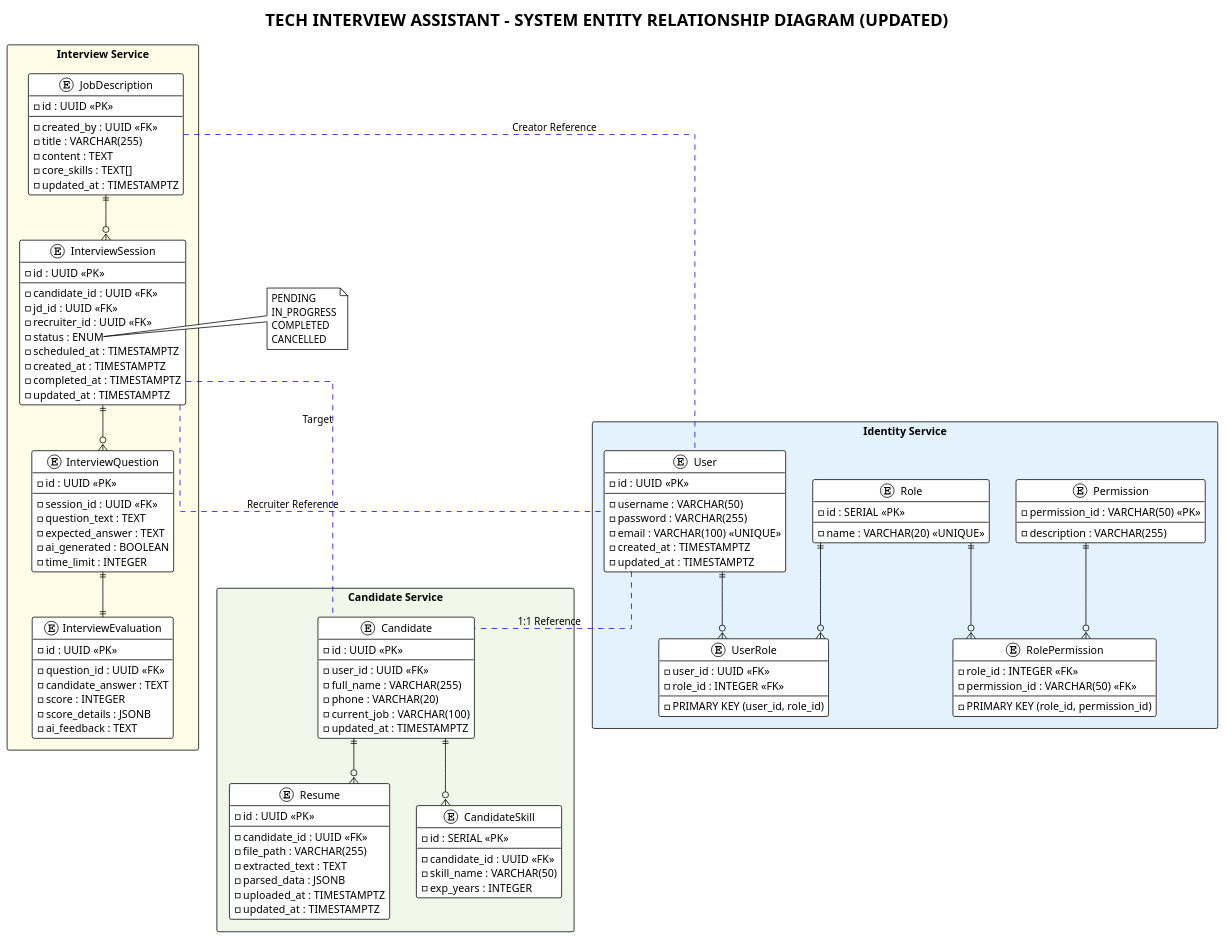
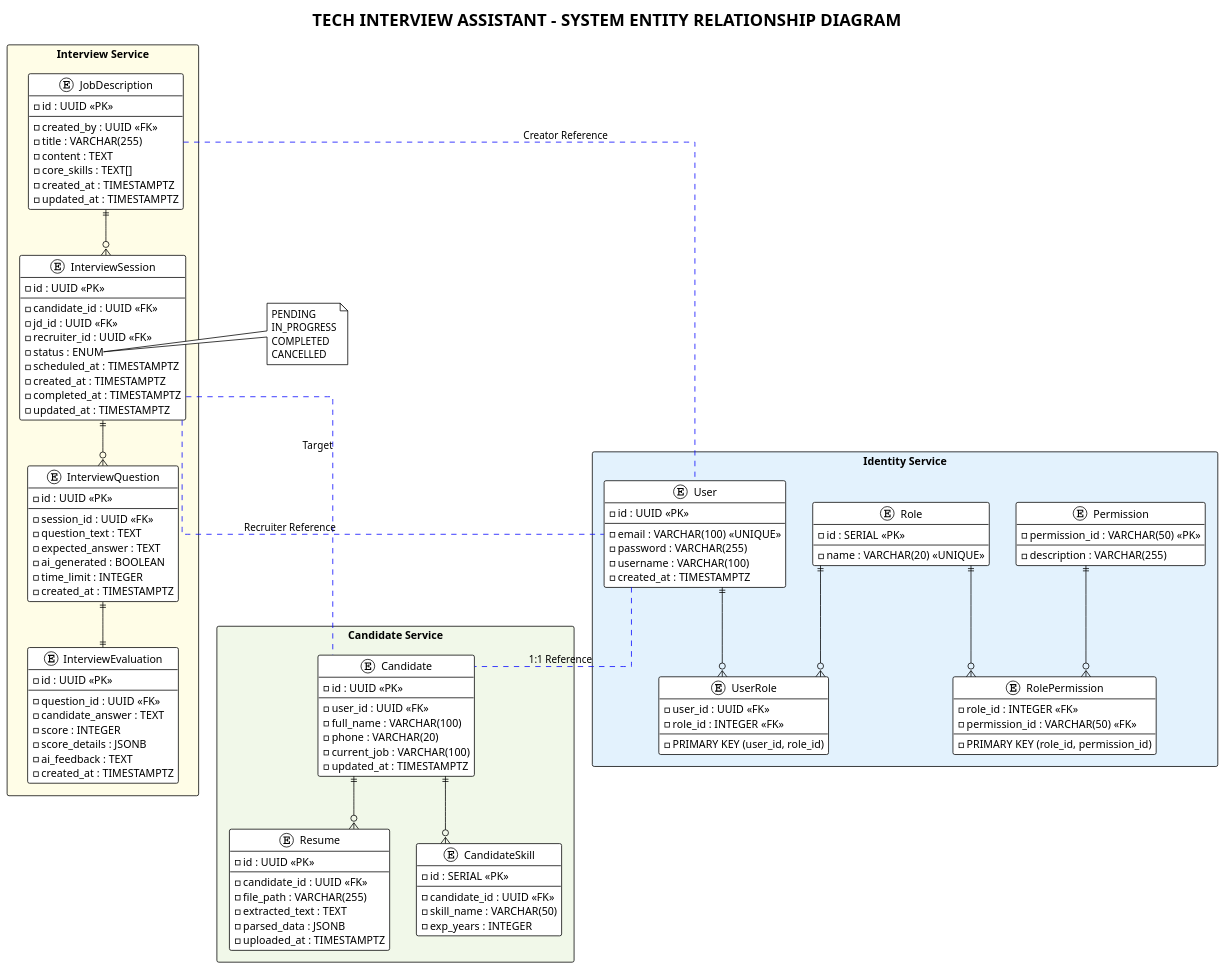
The diagram in docs/database/erd-diagram.puml (Nam000p/tech-interview-assistant), drawn with PlantUML before and after one commit. The commit also changed 53 other files, not shown here.

```diff
--- a/docs/database/erd-diagram.puml
+++ b/docs/database/erd-diagram.puml
@@ -1,150 +1,151 @@
 @startuml
-title TECH INTERVIEW ASSISTANT - SYSTEM ENTITY RELATIONSHIP DIAGRAM (UPDATED)
+title TECH INTERVIEW ASSISTANT - SYSTEM ENTITY RELATIONSHIP DIAGRAM
 !theme plain
 skinparam linetype ortho
 skinparam packageStyle rectangle
 skinparam shadowing false
 
 package "Identity Service" #E3F2FD {
     entity "User" as user {
         - id : UUID <<PK>>
         --
-        - username : VARCHAR(50)
+        - email : VARCHAR(100) <<UNIQUE>>
         - password : VARCHAR(255)
-        - email : VARCHAR(100) <<UNIQUE>>
+        - username : VARCHAR(100)
         - created_at : TIMESTAMPTZ
-        - updated_at : TIMESTAMPTZ
     }
 
     entity "Role" as role {
         - id : SERIAL <<PK>>
         --
         - name : VARCHAR(20) <<UNIQUE>>
     }
 
     entity "Permission" as permission {
         - permission_id : VARCHAR(50) <<PK>>
         --
         - description : VARCHAR(255)
     }
 
     entity "UserRole" as user_role {
         - user_id : UUID <<FK>>
         - role_id : INTEGER <<FK>>
         --
         - PRIMARY KEY (user_id, role_id)
     }
 
     entity "RolePermission" as role_permission {
         - role_id : INTEGER <<FK>>
         - permission_id : VARCHAR(50) <<FK>>
         --
         - PRIMARY KEY (role_id, permission_id)
     }
 }
 
 package "Candidate Service" #F1F8E9 {
     entity "Candidate" as candidate {
         - id : UUID <<PK>>
         --
         - user_id : UUID <<FK>>
-        - full_name : VARCHAR(255)
+        - full_name : VARCHAR(100)
         - phone : VARCHAR(20)
         - current_job : VARCHAR(100)
         - updated_at : TIMESTAMPTZ
     }
 
     entity "Resume" as resume {
         - id : UUID <<PK>>
         --
         - candidate_id : UUID <<FK>>
         - file_path : VARCHAR(255)
         - extracted_text : TEXT
         - parsed_data : JSONB
         - uploaded_at : TIMESTAMPTZ
-        - updated_at : TIMESTAMPTZ
     }
 
     entity "CandidateSkill" as skill {
         - id : SERIAL <<PK>>
         --
         - candidate_id : UUID <<FK>>
         - skill_name : VARCHAR(50)
         - exp_years : INTEGER
     }
 }
 
 package "Interview Service" #FFFDE7 {
     entity "JobDescription" as jd {
         - id : UUID <<PK>>
         --
         - created_by : UUID <<FK>>
         - title : VARCHAR(255)
         - content : TEXT
         - core_skills : TEXT[]
+        - created_at : TIMESTAMPTZ
         - updated_at : TIMESTAMPTZ
     }
 
     entity "InterviewSession" as session {
         - id : UUID <<PK>>
         --
         - candidate_id : UUID <<FK>>
         - jd_id : UUID <<FK>>
         - recruiter_id : UUID <<FK>>
         - status : ENUM
         - scheduled_at : TIMESTAMPTZ
         - created_at : TIMESTAMPTZ
         - completed_at : TIMESTAMPTZ
         - updated_at : TIMESTAMPTZ
     }
 
     entity "InterviewQuestion" as question {
         - id : UUID <<PK>>
         --
         - session_id : UUID <<FK>>
         - question_text : TEXT
         - expected_answer : TEXT
         - ai_generated : BOOLEAN
         - time_limit : INTEGER
+        - created_at : TIMESTAMPTZ
     }
 
     entity "InterviewEvaluation" as evaluation {
         - id : UUID <<PK>>
         --
         - question_id : UUID <<FK>>
         - candidate_answer : TEXT
         - score : INTEGER
         - score_details : JSONB
         - ai_feedback : TEXT
+        - created_at : TIMESTAMPTZ
     }
 }
 
 ' Identity Internal Relationships
 user ||--o{ user_role
 role ||--o{ user_role
 role ||--o{ role_permission
 permission ||--o{ role_permission
 
 ' Candidate Internal Relationships
 candidate ||--o{ resume
 candidate ||--o{ skill
 
 ' Interview Internal Relationships
 jd ||--o{ session
 session ||--o{ question
 question ||--|| evaluation
 
 ' Cross-Service Logical References
 user .[#blue]. candidate : "1:1 Reference"
 session .[#blue]. candidate : "Target"
 session .[#blue]. user : "Recruiter Reference"
 jd .[#blue]. user : "Creator Reference"
 
 note right of session::status
   PENDING
   IN_PROGRESS
   COMPLETED
   CANCELLED
 end note
 
 @enduml
```
